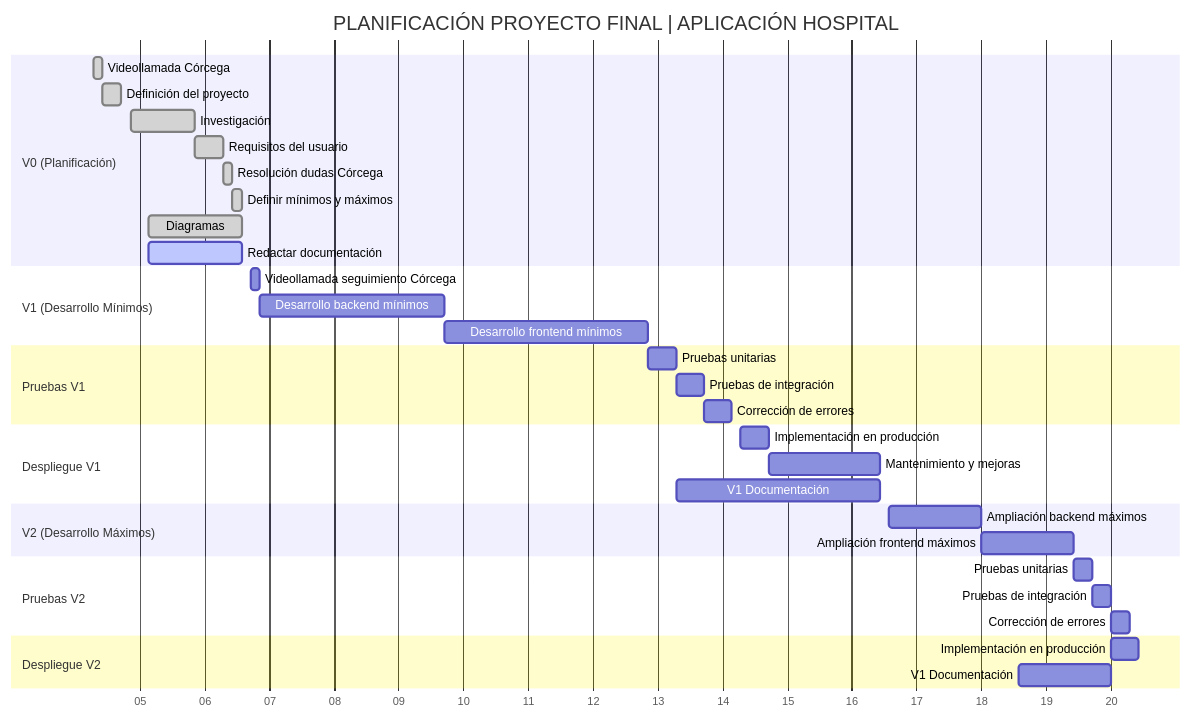
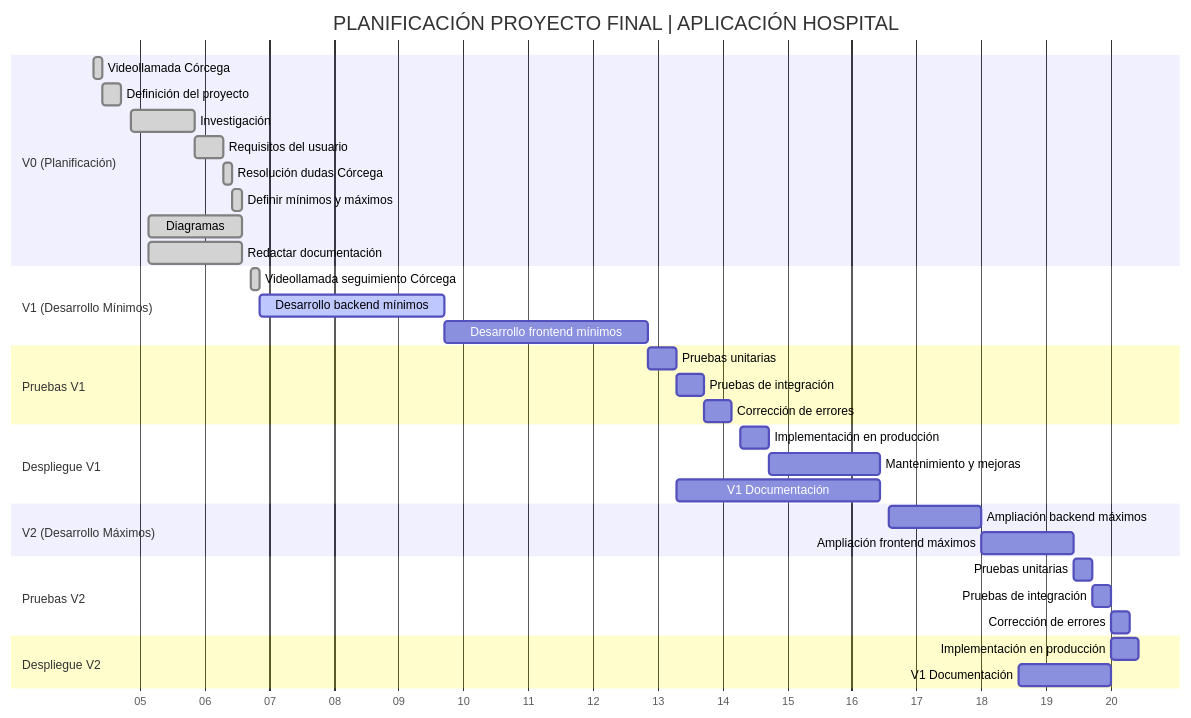
The first of 2 diagrams in README.md (Cri4tura/Hospital-Front-end), drawn with Mermaid before and after one commit.

````diff
--- a/README.md
+++ b/README.md
@@ -39,44 +39,44 @@
 ```mermaid
 gantt
     title PLANIFICACIÓN PROYECTO FINAL | APLICACIÓN HOSPITAL
     dateFormat  YYYY-MM-DD
     axisFormat %W
 
     section V0 (Planificación)
     Videollamada Córcega          :done, v0a, 2025-02-04, 1d
     Definición del proyecto       :done, v0b, 2025-02-05, 2d
     Investigación                 :done, v0c, 2025-02-08, 7d
     Requisitos del usuario        :done, v0d, 2025-02-15, 3d
     Resolución dudas Córcega      :done, v0e, 2025-02-18, 1d
     Definir mínimos y máximos     :done, v0f, 2025-02-19, 1d
     Diagramas                     :done, v0g, 2025-02-10, 10d
-    Redactar documentación        :active, v0h, 2025-02-10, 10d
+    Redactar documentación        :done, v0h, 2025-02-10, 10d
 
     section V1 (Desarrollo Mínimos)
-    Videollamada seguimiento Córcega    : v1a, 2025-02-21, 1d
-    Desarrollo backend mínimos          : v1b, after v1a, 20d
+    Videollamada seguimiento Córcega    :done,  v1a, 2025-02-21, 1d
+    Desarrollo backend mínimos          :active, v1b, after v1a, 20d
     Desarrollo frontend mínimos         : v1c, after v1b, 2025-04-05
 
     section Pruebas V1
     Pruebas unitarias                   : des1, after v1c, 3d
     Pruebas de integración              : 3d
     Corrección de errores               : 3d
 
     section Despliegue V1
     Implementación en producción        : des4, 2025-04-15, 3d
     Mantenimiento y mejoras             : des5, 2025-04-18, 2025-04-30
     V1 Documentación                    : des6, after des1, 2025-04-30
 
     section V2 (Desarrollo Máximos)
     Ampliación backend máximos          : v2a, 2025-05-01, 10d
     Ampliación frontend máximos         : v2b, after v2a, 10d
 
     section Pruebas V2
     Pruebas unitarias                   : des7, after v2b, 2d
     Pruebas de integración              : des8, after des7, 2d
     Corrección de errores               : des9, after des8, 2d
 
     section Despliegue V2
     Implementación en producción        : des10, 2025-05-25, 3d
     V1 Documentación                    : des6, 2025-05-15, 2025-05-25
 ```
````
